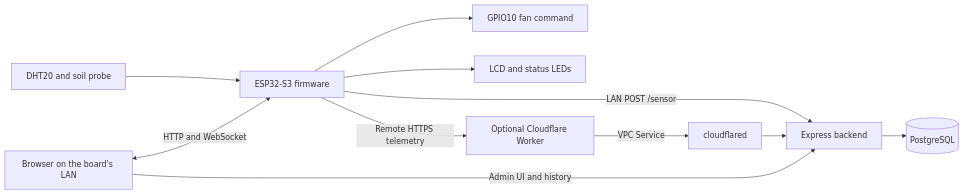
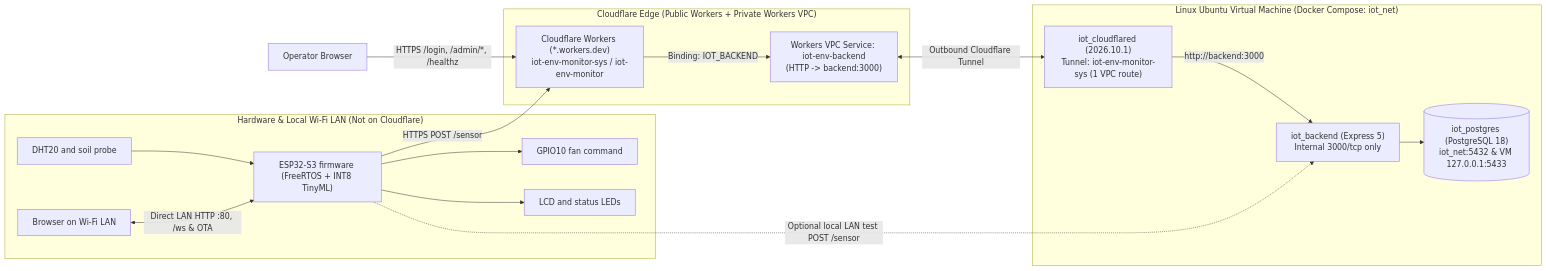
One commit to SangNguyen-232/IoT-Env-Monitor changed the first of 2 diagrams in README.md. Above: the diagram before and after it, drawn with Mermaid. The commit also changed other lines of this file and 22 other files, not shown here.

Commit message:
docs: update setup guide, environment templates, and documentation for Linux Ubuntu and Cloudflare deployment

````diff
--- a/README.md
+++ b/README.md
@@ -12,13 +28,28 @@
 ```mermaid
 flowchart LR
-    sensors["DHT20 and soil probe"] --> board["ESP32-S3 firmware"]
-    board --> relay["GPIO10 fan command"]
-    board --> display["LCD and status LEDs"]
-    browser["Browser on the board's LAN"] <-->|"HTTP and WebSocket"| board
-    board -->|"LAN POST /sensor"| api["Express backend"]
-    board -->|"Remote HTTPS telemetry"| worker["Optional Cloudflare Worker"]
-    worker -->|"VPC Service"| tunnel["cloudflared"]
-    tunnel --> api
-    browser -->|"Admin UI and history"| api
-    api --> pg[("PostgreSQL")]
+    subgraph hw["Hardware & Local Wi-Fi LAN (Not on Cloudflare)"]
+        sensors["DHT20 and soil probe"] --> board["ESP32-S3 firmware (FreeRTOS + INT8 TinyML)"]
+        board --> relay["GPIO10 fan command"]
+        board --> display["LCD and status LEDs"]
+        browser_lan["Browser on Wi-Fi LAN"] <-->|"Direct LAN HTTP :80, /ws & OTA"| board
+    end
+
+    subgraph cf["Cloudflare Edge (Public Workers + Private Workers VPC)"]
+        workers["Cloudflare Workers (*.workers.dev)<br/>iot-env-monitor-sys / iot-env-monitor"]
+        vpc["Workers VPC Service: iot-env-backend<br/>(HTTP -> backend:3000)"]
+        workers -->|"Binding: IOT_BACKEND"| vpc
+    end
+
+    subgraph vm["Linux Ubuntu Virtual Machine (Docker Compose: iot_net)"]
+        tunnel["iot_cloudflared (2026.10.1)<br/>Tunnel: iot-env-monitor-sys (1 VPC route)"]
+        api["iot_backend (Express 5)<br/>Internal 3000/tcp only"]
+        pg[("iot_postgres (PostgreSQL 18)<br/>iot_net:5432 & VM 127.0.0.1:5433")]
+        tunnel -->|"http://backend:3000"| api
+        api --> pg
+    end
+
+    board -->|"HTTPS POST /sensor"| workers
+    browser_remote["Operator Browser"] -->|"HTTPS /login, /admin/*, /healthz"| workers
+    vpc <-->|"Outbound Cloudflare Tunnel"| tunnel
+    board -.->|"Optional local LAN test POST /sensor"| api
 ```
````
